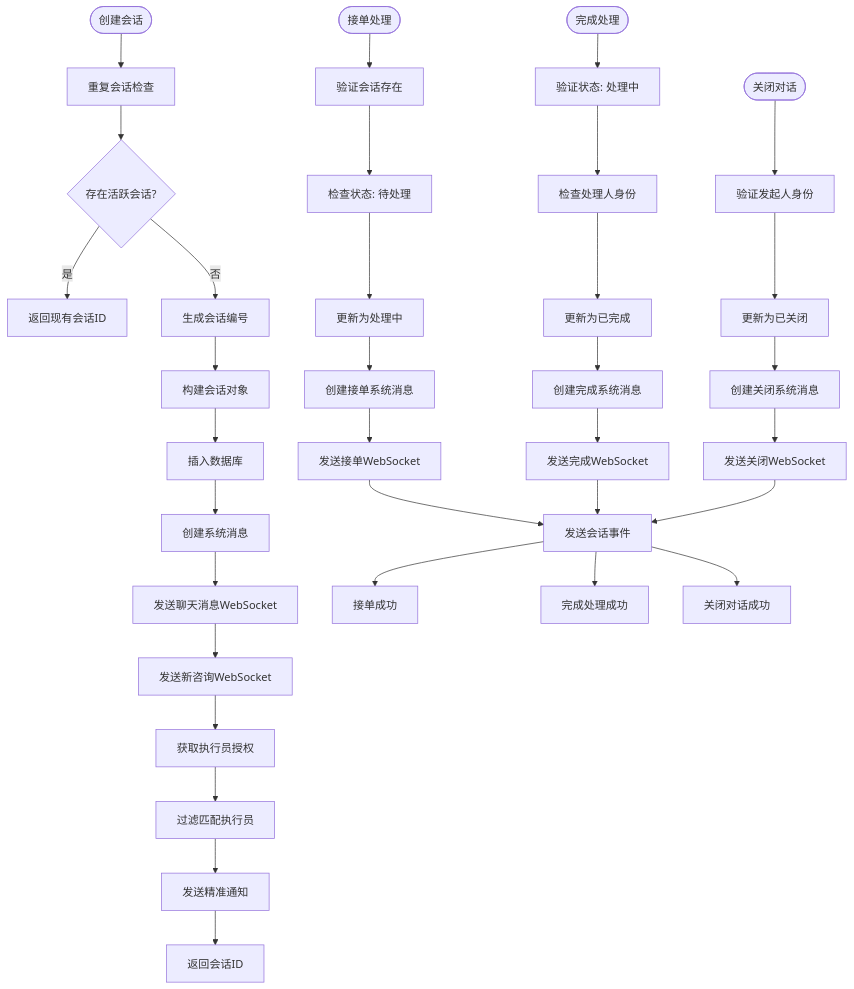
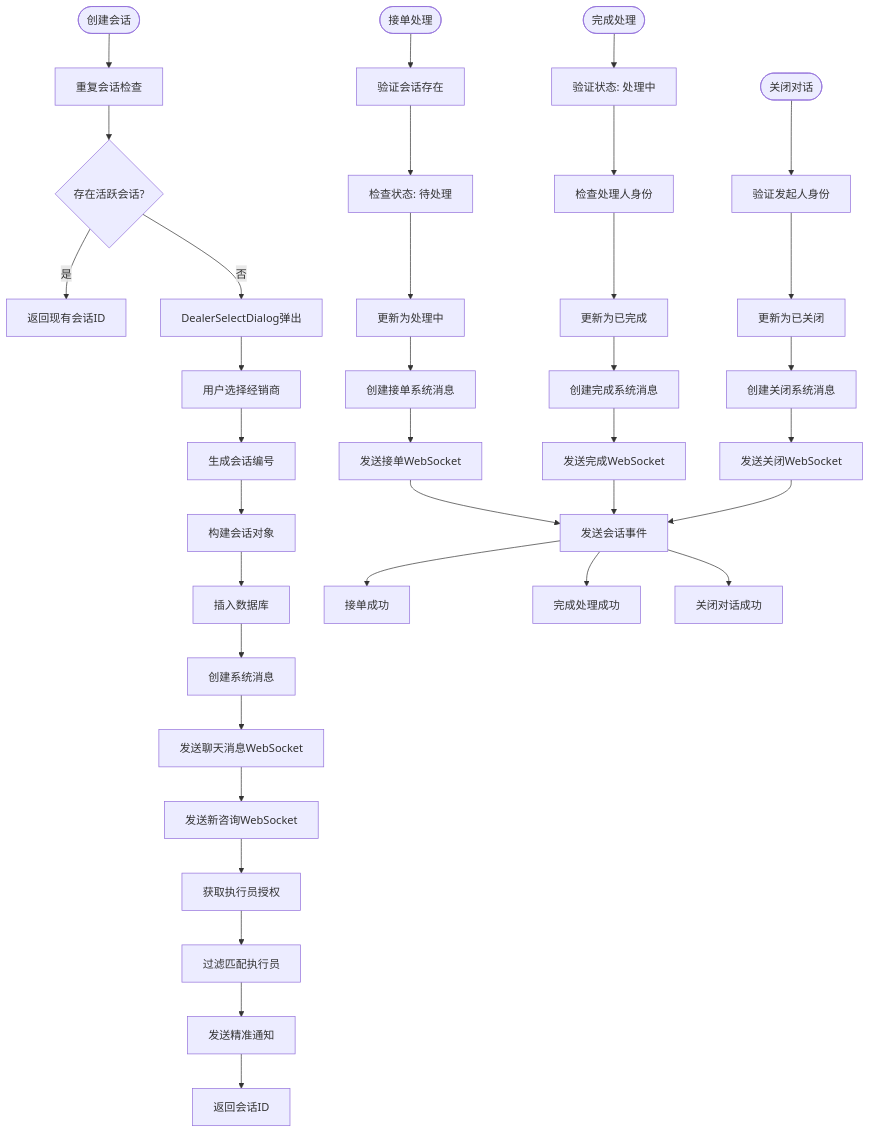
The sixth of 48 diagrams in .qoder/repowiki/zh/content/核心模块/客户服务模块.md (xiaoche80s-tech/rouyi-vue-pro), drawn with Mermaid before and after one commit. The commit also changed other lines of this file and 977 other files, not shown here.

````diff
--- a/.qoder/repowiki/zh/content/核心模块/客户服务模块.md
+++ b/.qoder/repowiki/zh/content/核心模块/客户服务模块.md
@@ -577,36 +643,38 @@
 ```mermaid
 flowchart TD
 SESSION_START([创建会话]) --> DUPLICATE_CHECK[重复会话检查]
 DUPLICATE_CHECK --> DUPLICATE_EXISTS{存在活跃会话?}
 DUPLICATE_EXISTS -- 是 --> RETURN_EXISTING[返回现有会话ID]
-DUPLICATE_EXISTS -- 否 --> GENERATE_NO[生成会话编号]
+DUPLICATE_EXISTS -- 否 --> DEALER_SELECT[DealerSelectDialog弹出]
+DEALER_SELECT --> SELECT_DEALER[用户选择经销商]
+SELECT_DEALER --> GENERATE_NO[生成会话编号]
 GENERATE_NO --> BUILD_DO[构建会话对象]
 BUILD_DO --> INSERT_DB[插入数据库]
 INSERT_DB --> CREATE_SYSTEM_MSG[创建系统消息]
 CREATE_SYSTEM_MSG --> SEND_CHAT_WS[发送聊天消息WebSocket]
 SEND_CHAT_WS --> SEND_NEW_CONSULT_WS[发送新咨询WebSocket]
 SEND_NEW_CONSULT_WS --> GET_EXECUTOR_AUTH[获取执行员授权]
 GET_EXECUTOR_AUTH --> FILTER_MATCHING[过滤匹配执行员]
 FILTER_MATCHING --> SEND_PRECISE_WS[发送精准通知]
 SEND_PRECISE_WS --> RETURN_ID[返回会话ID]
 SESSION_ACCEPT([接单处理]) --> VALIDATE_EXISTS[验证会话存在]
 VALIDATE_EXISTS --> CHECK_STATUS[检查状态: 待处理]
 CHECK_STATUS --> UPDATE_STATUS[更新为处理中]
 UPDATE_STATUS --> CREATE_ACCEPT_MSG[创建接单系统消息]
 CREATE_ACCEPT_MSG --> SEND_ACCEPT_WS[发送接单WebSocket]
 SEND_ACCEPT_WS --> SEND_EVENT_WS[发送会话事件]
 SEND_EVENT_WS --> ACCEPT_SUCCESS[接单成功]
 SESSION_COMPLETE([完成处理]) --> VALIDATE_PROCESSING[验证状态: 处理中]
 VALIDATE_PROCESSING --> CHECK_ASSIGNEE[检查处理人身份]
 CHECK_ASSIGNEE --> UPDATE_COMPLETE[更新为已完成]
 UPDATE_COMPLETE --> CREATE_COMPLETE_MSG[创建完成系统消息]
 CREATE_COMPLETE_MSG --> SEND_COMPLETE_WS[发送完成WebSocket]
 SEND_COMPLETE_WS --> SEND_EVENT_WS[发送会话事件]
 SEND_EVENT_WS --> COMPLETE_SUCCESS[完成处理成功]
 SESSION_CLOSE([关闭对话]) --> VALIDATE_INITIATOR[验证发起人身份]
 VALIDATE_INITIATOR --> UPDATE_CLOSED[更新为已关闭]
 UPDATE_CLOSED --> CREATE_CLOSE_MSG[创建关闭系统消息]
 CREATE_CLOSE_MSG --> SEND_CLOSE_WS[发送关闭WebSocket]
 SEND_CLOSE_WS --> SEND_EVENT_WS[发送会话事件]
 SEND_EVENT_WS --> CLOSE_SUCCESS[关闭对话成功]
 ```
````
